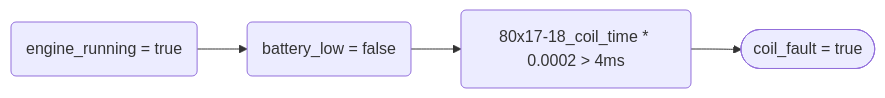
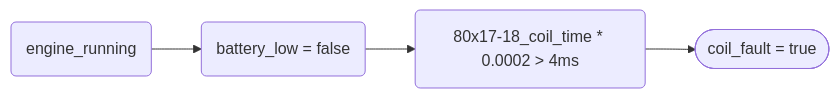
One commit to andrewdjackson/rosco changed the ninth of 23 diagrams in README.md. Above: the diagram before and after it, drawn with Mermaid. The commit also changed other lines of this file, not shown here.

````diff
--- a/README.md
+++ b/README.md
@@ -88,6 +88,6 @@
 ```mermaid
 flowchart LR
-Running("engine_running = true") --> BatteryCheck
+Running("engine_running") --> BatteryCheck
 BatteryCheck("battery_low = false") --> Metric
 Metric("80x17-18_coil_time * 0.0002 > 4ms") --> Result(["coil_fault = true"])
 ```
````
